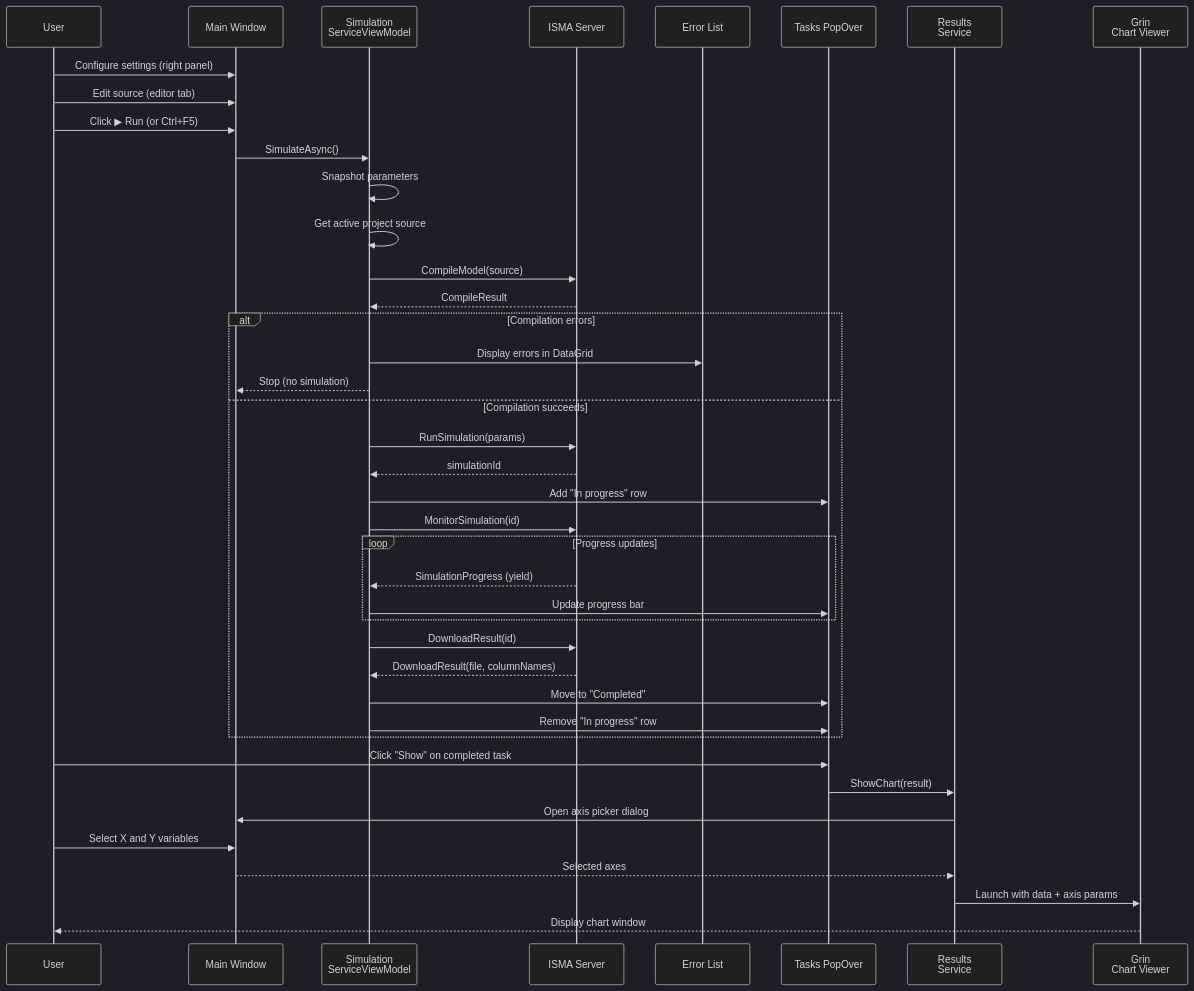
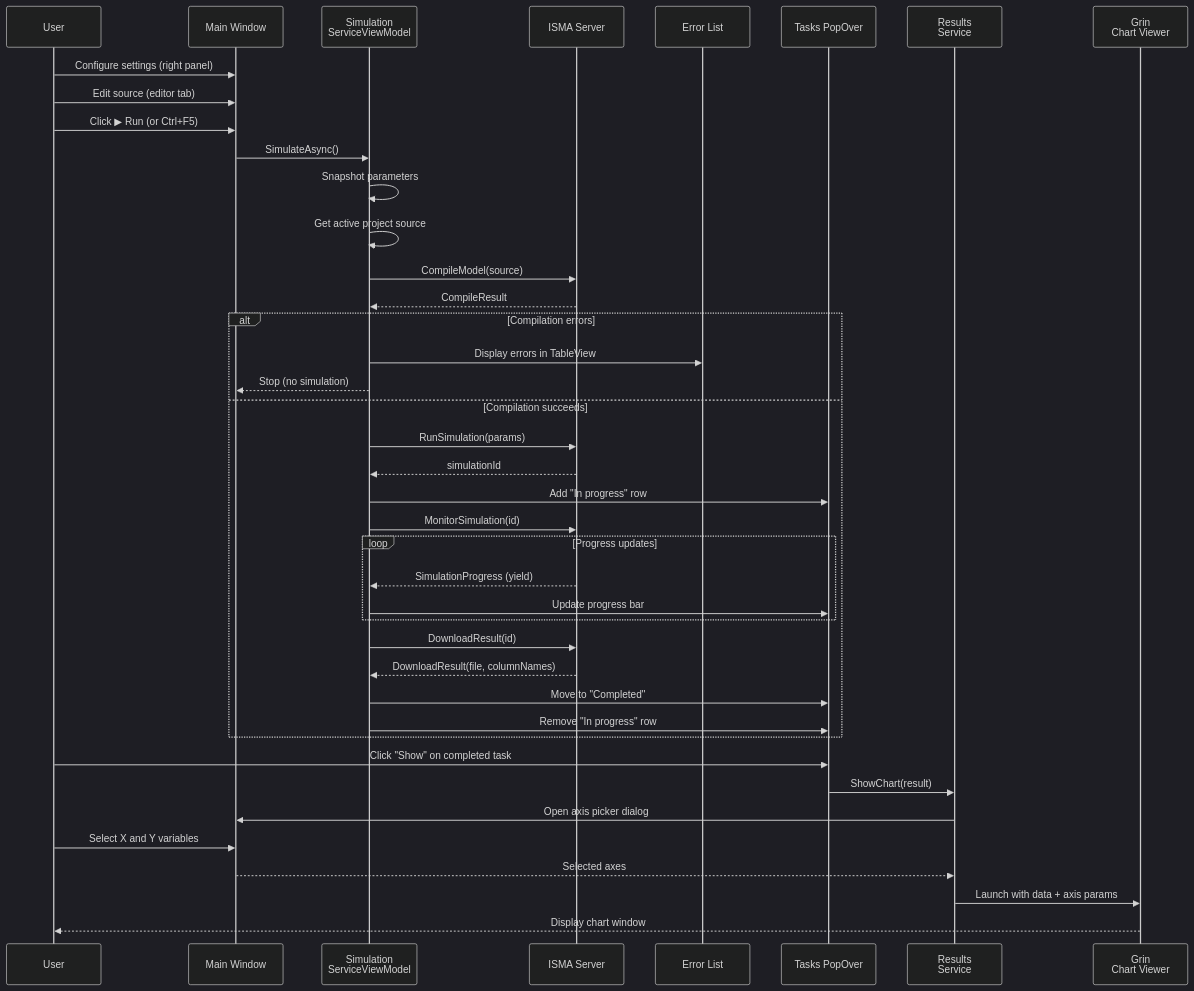
One commit to SmallBossGames/isma-ui-avalonia changed the first of 2 diagrams in docs/features/05-ux-reference.md. Above: the diagram before and after it, drawn with Mermaid (dark theme). The commit also changed other lines of this file and 39 other files, not shown here.

````diff
--- a/docs/features/05-ux-reference.md
+++ b/docs/features/05-ux-reference.md
@@ -521,53 +521,53 @@
 ```mermaid
 sequenceDiagram
     participant User
     participant UI as Main Window
     participant SimSvc as Simulation<br/>ServiceViewModel
     participant Server as ISMA Server
     participant Errors as Error List
     participant Tasks as Tasks PopOver
     participant Result as Results<br/>Service
     participant Grin as Grin<br/>Chart Viewer
 
     User->>UI: Configure settings (right panel)
     User->>UI: Edit source (editor tab)
     User->>UI: Click ▶ Run (or Ctrl+F5)
     UI->>SimSvc: SimulateAsync()
 
     SimSvc->>SimSvc: Snapshot parameters
     SimSvc->>SimSvc: Get active project source
 
     SimSvc->>Server: CompileModel(source)
     Server-->>SimSvc: CompileResult
 
     alt Compilation errors
-        SimSvc->>Errors: Display errors in DataGrid
+        SimSvc->>Errors: Display errors in TableView
         SimSvc-->>UI: Stop (no simulation)
     else Compilation succeeds
         SimSvc->>Server: RunSimulation(params)
         Server-->>SimSvc: simulationId
 
         SimSvc->>Tasks: Add "In progress" row
         SimSvc->>Server: MonitorSimulation(id)
 
         loop Progress updates
             Server-->>SimSvc: SimulationProgress (yield)
             SimSvc->>Tasks: Update progress bar
         end
 
         SimSvc->>Server: DownloadResult(id)
         Server-->>SimSvc: DownloadResult(file, columnNames)
 
         SimSvc->>Tasks: Move to "Completed"
 
         SimSvc->>Tasks: Remove "In progress" row
     end
 
     User->>Tasks: Click "Show" on completed task
     Tasks->>Result: ShowChart(result)
     Result->>UI: Open axis picker dialog
     User->>UI: Select X and Y variables
     UI-->>Result: Selected axes
     Result->>Grin: Launch with data + axis params
     Grin-->>User: Display chart window
 ```
````
